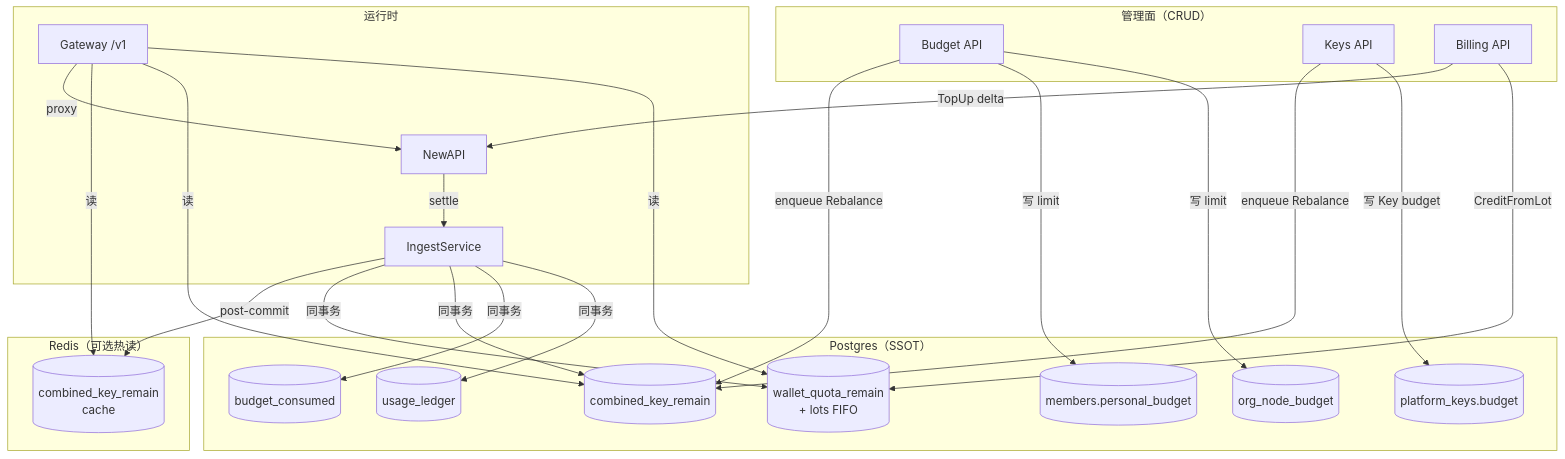
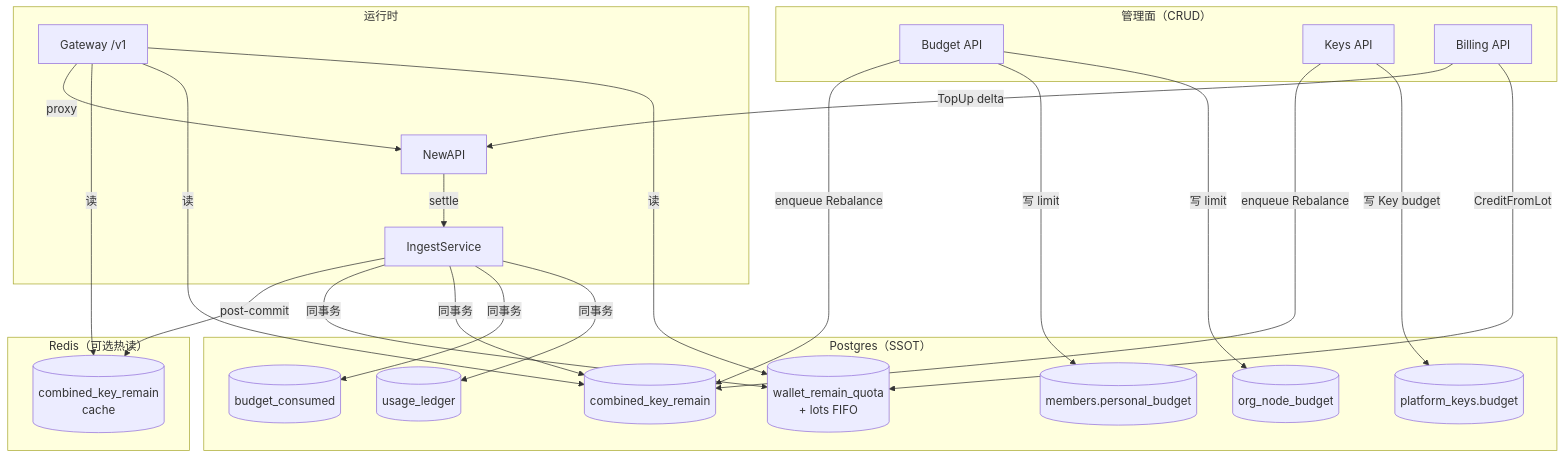
One commit to quyip8818/mytokenjoy changed the first of 10 diagrams in docs/reviews/budget-quota-billing-architecture.md. Above: the diagram before and after it, drawn with Mermaid. The commit also changed other lines of this file and 49 other files, not shown here.

Commit message:
rename wallet_remain

````diff
--- a/docs/reviews/budget-quota-billing-architecture.md
+++ b/docs/reviews/budget-quota-billing-architecture.md
@@ -68,40 +68,40 @@
 ```mermaid
 flowchart TB
   subgraph admin ["管理面（CRUD）"]
     BA[Budget API]
     KA[Keys API]
     BI[Billing API]
   end
 
   subgraph pg ["Postgres（SSOT）"]
-    WAL[(wallet_quota_remain<br/>+ lots FIFO)]
+    WAL[(wallet_remain_quota<br/>+ lots FIFO)]
     ONB[(org_node_budget)]
     MEM[(members.personal_budget)]
     PK[(platform_keys.budget)]
     BC[(budget_consumed)]
     CKR[(combined_key_remain)]
     UL[(usage_ledger)]
   end
 
   subgraph cache ["Redis（可选热读）"]
     RC[(combined_key_remain<br/>cache)]
   end
 
   subgraph runtime ["运行时"]
     GW[Gateway /v1]
     NA[NewAPI]
     ING[IngestService]
   end
 
   BA -->|写 limit| ONB & MEM
   KA -->|写 Key budget| PK
   BA & KA -->|enqueue Rebalance| CKR
   BI -->|CreditFromLot| WAL
   BI -->|TopUp delta| NA
 
   GW -->|读| WAL & CKR & RC
   GW -->|proxy| NA
   NA -->|settle| ING
   ING -->|同事务| UL & BC & CKR & WAL
   ING -->|post-commit| RC
 ```
````
